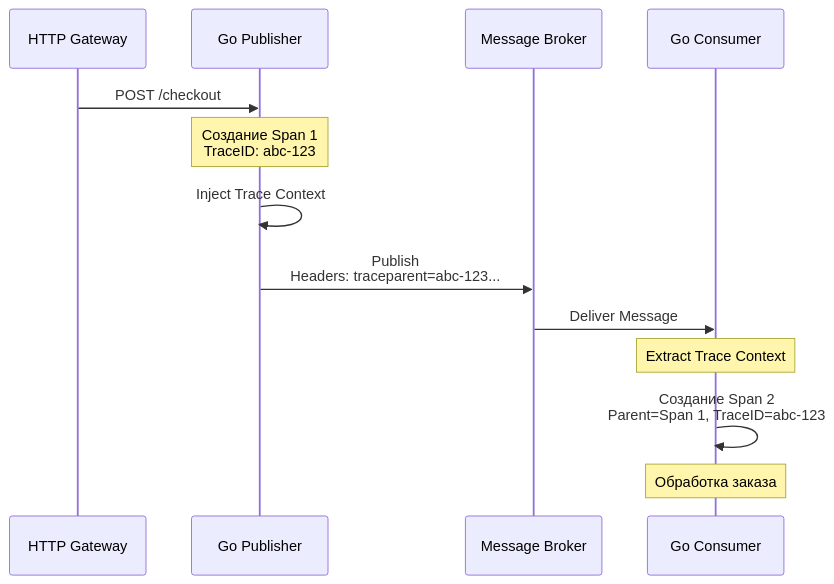
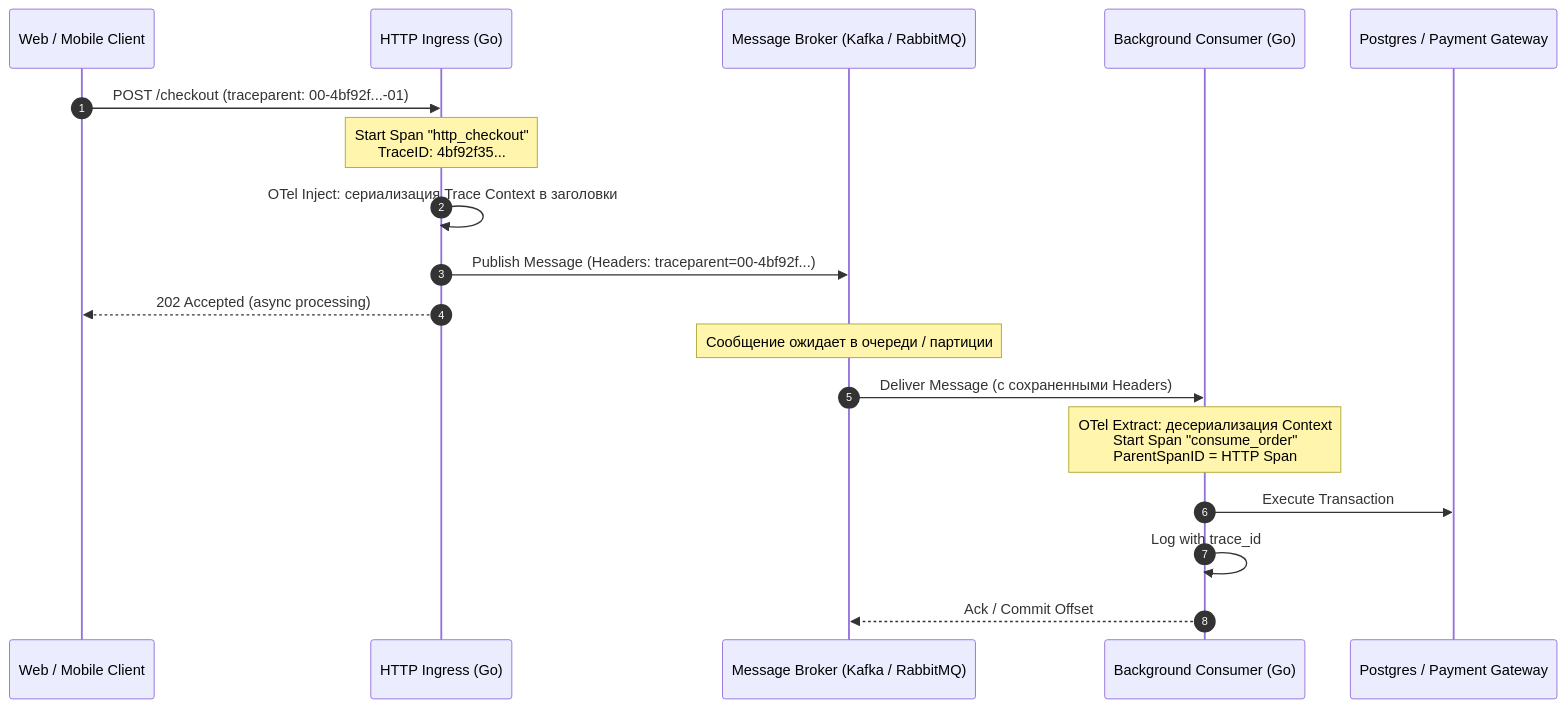
One commit to UnrealTemplier/go-textbook changed the first of 3 diagrams in sources/13. Очереди, брокеры сообщений и оркестраторы/07. Практика/8. Observability очередей.md. Above: the diagram before and after it, drawn with Mermaid. The commit also changed other lines of this file, not shown here.

````diff
--- a/sources/13. Очереди, брокеры сообщений и оркестраторы/07. Практика/8. Observability очередей.md
+++ b/sources/13. Очереди, брокеры сообщений и оркестраторы/07. Практика/8. Observability очередей.md
@@ -16,16 +30,23 @@
 ```mermaid
 sequenceDiagram
-    participant API as HTTP Gateway
-    participant P as Go Publisher
-    participant B as Message Broker
-    participant C as Go Consumer
-    
-    API->>P: POST /checkout
-    Note over P: Создание Span 1<br>TraceID: abc-123
-    P->>P: Inject Trace Context
-    P->>B: Publish<br>Headers: traceparent=abc-123...
-    B->>C: Deliver Message
-    Note over C: Extract Trace Context
-    C->>C: Создание Span 2<br>Parent=Span 1, TraceID=abc-123
-    Note over C: Обработка заказа
+    autonumber
+    participant Client as Web / Mobile Client
+    participant API as HTTP Ingress (Go)
+    participant Broker as Message Broker (Kafka / RabbitMQ)
+    participant Worker as Background Consumer (Go)
+    participant DB as Postgres / Payment Gateway
+
+    Client->>API: POST /checkout (traceparent: 00-4bf92f...-01)
+    Note over API: Start Span "http_checkout"<br>TraceID: 4bf92f35...
+    API->>API: OTel Inject: сериализация Trace Context в заголовки
+    API->>Broker: Publish Message (Headers: traceparent=00-4bf92f...)
+    API-->>Client: 202 Accepted (async processing)
+
+    Note over Broker: Сообщение ожидает в очереди / партиции
+
+    Broker->>Worker: Deliver Message (с сохраненными Headers)
+    Note over Worker: OTel Extract: десериализация Context<br>Start Span "consume_order"<br>ParentSpanID = HTTP Span
+    Worker->>DB: Execute Transaction
+    Worker->>Worker: Log with trace_id
+    Worker-->>Broker: Ack / Commit Offset
 ```
````
